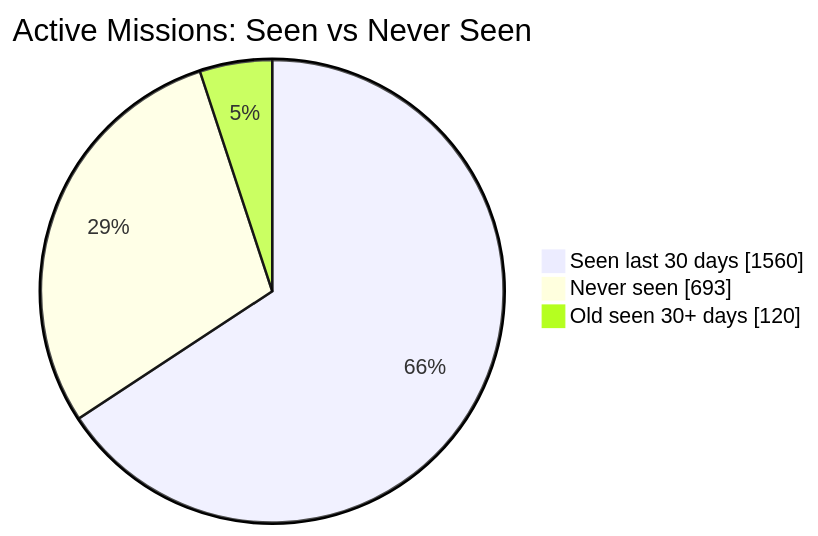
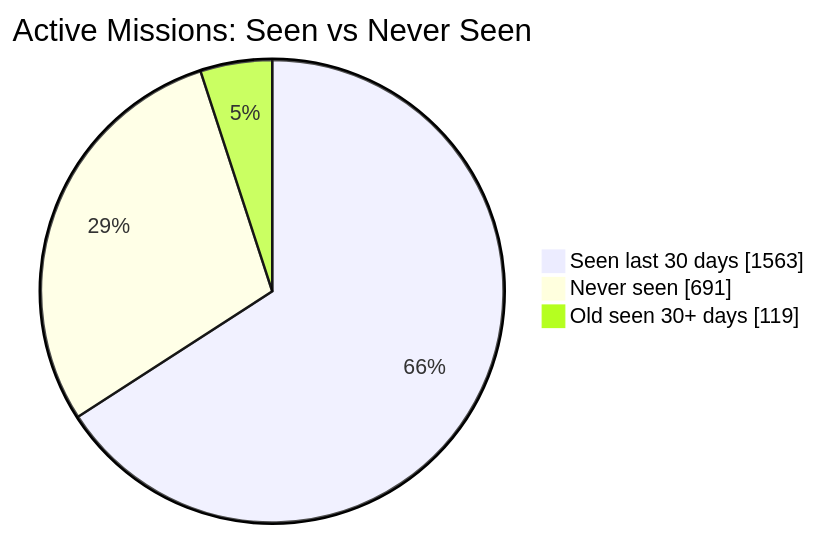
The first of 2 diagrams in README.md (MeldkamerspelGameTeam/active-missions), drawn with Mermaid before and after one commit. The commit also changed other lines of this file and 3 other files, not shown here.

````diff
--- a/README.md
+++ b/README.md
@@ -34,7 +34,7 @@
 ```mermaid
 pie showData
     title Active Missions: Seen vs Never Seen
-    "Seen last 30 days" : 1560
-    "Never seen" : 693
-    "Old seen 30+ days" : 120
+    "Seen last 30 days" : 1563
+    "Never seen" : 691
+    "Old seen 30+ days" : 119
 ```
````
